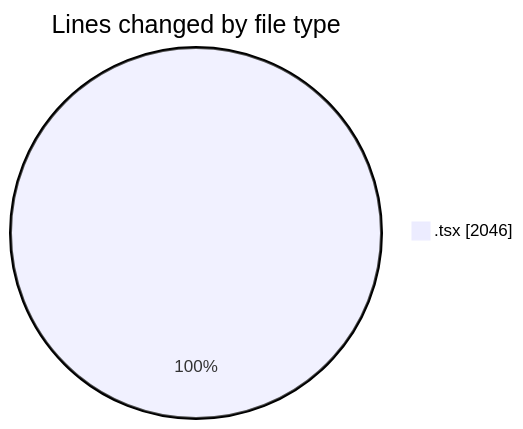
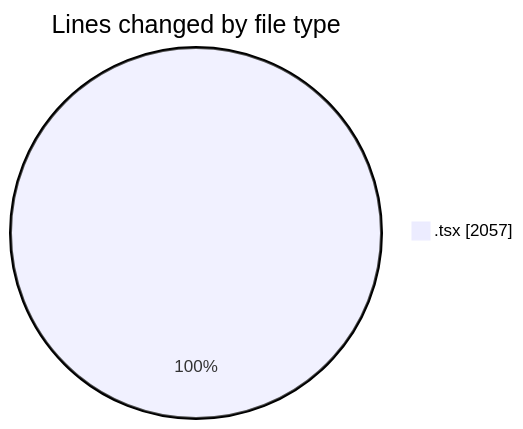
One commit to momahboobian/code-tracking changed the first of 2 diagrams in 2025-06-13/cda/README.md. Above: the diagram before and after it, drawn with Mermaid. The commit also changed other lines of this file and 1 other file, not shown here.

````diff
--- a/2025-06-13/cda/README.md
+++ b/2025-06-13/cda/README.md
@@ -25,5 +25,5 @@
 ```mermaid
 pie showData
 title Lines changed by file type
-".tsx" : 2046
+".tsx" : 2057
 ```
````
